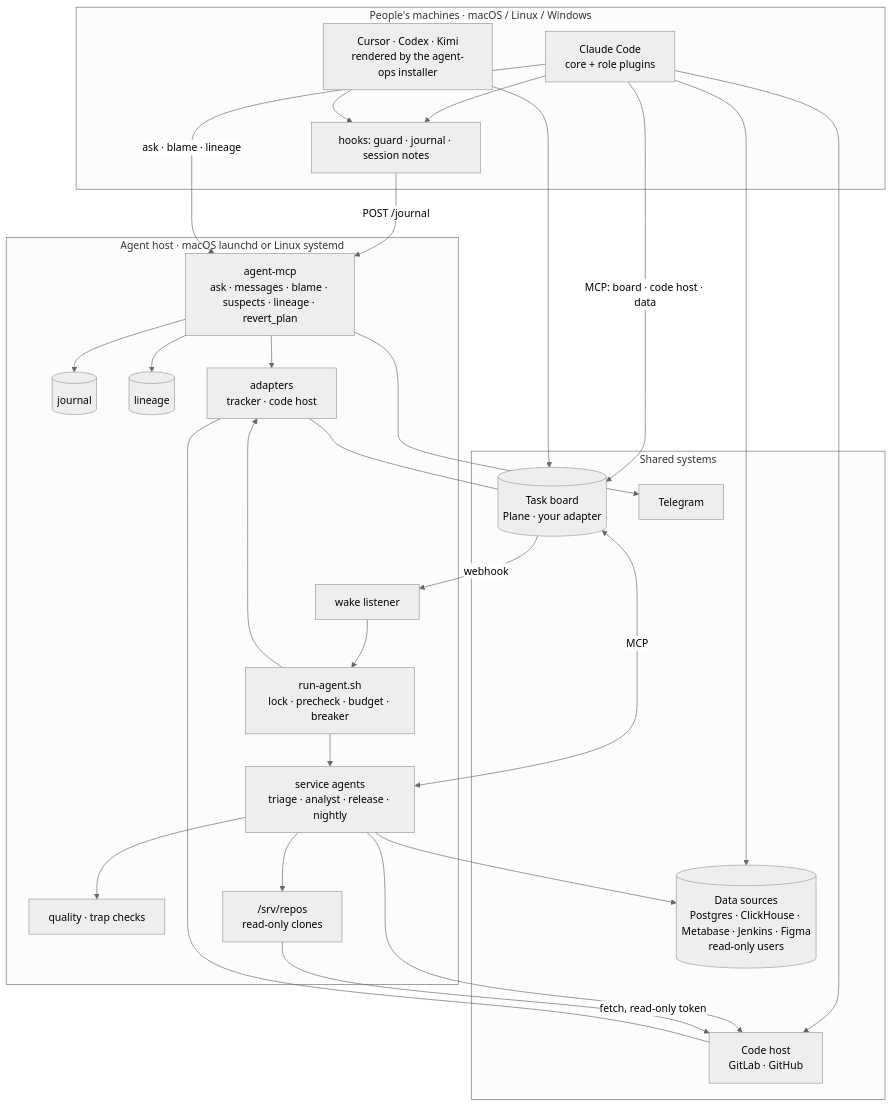
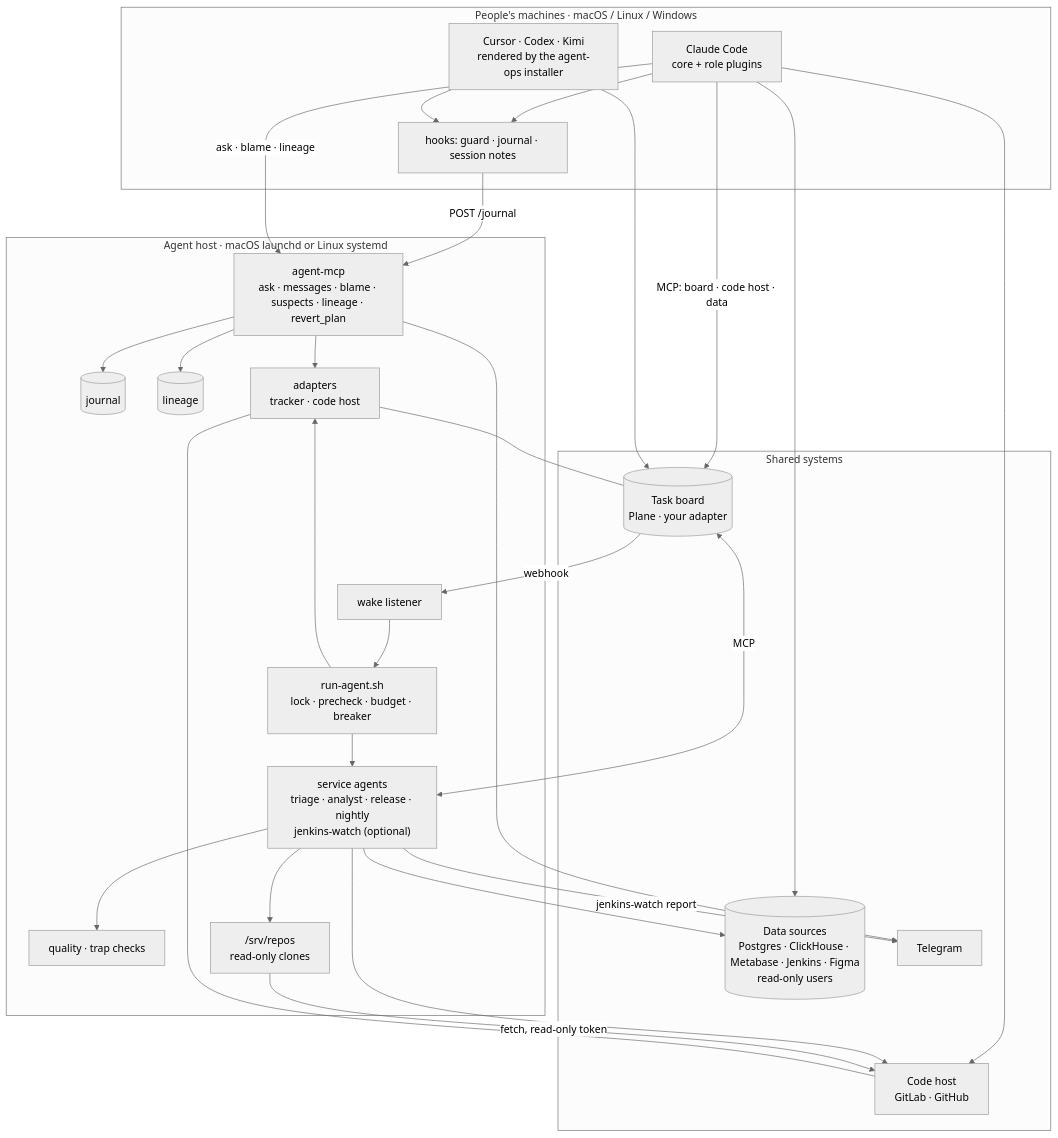
Before and after one commit to aliAgmr/agent-ops: the diagram in docs/architecture.md, drawn with Mermaid (neutral theme). The commit also changed 31 other files, not shown here.

First line of the commit message:
feat(jenkins-watch): optional Jenkins watcher that reports to a Telegram topic

````diff
--- a/docs/architecture.md
+++ b/docs/architecture.md
@@ -8,51 +8,52 @@
 ```mermaid
 flowchart TB
   subgraph Laptops["People's machines · macOS / Linux / Windows"]
     CC["Claude Code<br/>core + role plugins"]
     OT["Cursor · Codex · Kimi<br/>rendered by the agent-ops installer"]
     HK["hooks: guard · journal · session notes"]
     CC --> HK
     OT --> HK
   end
 
   subgraph Host["Agent host · macOS launchd or Linux systemd"]
     RA["run-agent.sh<br/>lock · precheck · budget · breaker"]
-    SA["service agents<br/>triage · analyst · release · nightly"]
+    SA["service agents<br/>triage · analyst · release · nightly<br/>jenkins-watch (optional)"]
     AM["agent-mcp<br/>ask · messages · blame · suspects · lineage · revert_plan"]
     JR[("journal")]
     LN[("lineage")]
     QC["quality · trap checks"]
     AD["adapters<br/>tracker · code host"]
     RC["/srv/repos<br/>read-only clones"]
     WK["wake listener"]
     RA --> SA
     AM --> JR
     AM --> LN
     SA --> QC
   end
 
   subgraph Systems["Shared systems"]
     TB[("Task board<br/>Plane · your adapter")]
     CH["Code host<br/>GitLab · GitHub"]
     DS[("Data sources<br/>Postgres · ClickHouse · Metabase · Jenkins · Figma<br/>read-only users")]
     TG["Telegram"]
   end
 
   HK -->|"POST /journal"| AM
   CC -->|"MCP: board · code host · data"| TB
   CC --> CH
   CC --> DS
   OT --> TB
   CC -->|"ask · blame · lineage"| AM
   SA <-->|"MCP"| TB
   SA --> CH
   SA --> DS
   SA --> RC
   RC -->|"fetch, read-only token"| CH
   AD --- TB
   AD --- CH
   RA --> AD
   AM --> AD
   TB -->|"webhook"| WK --> RA
   AM --> TG
+  SA -->|"jenkins-watch report"| TG
 ```
````
